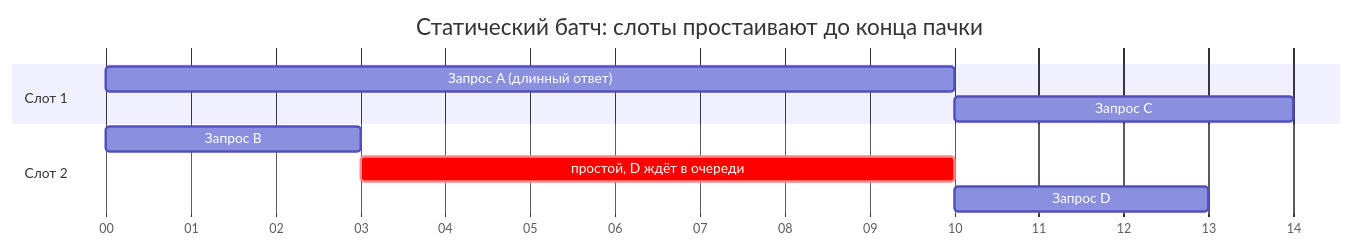
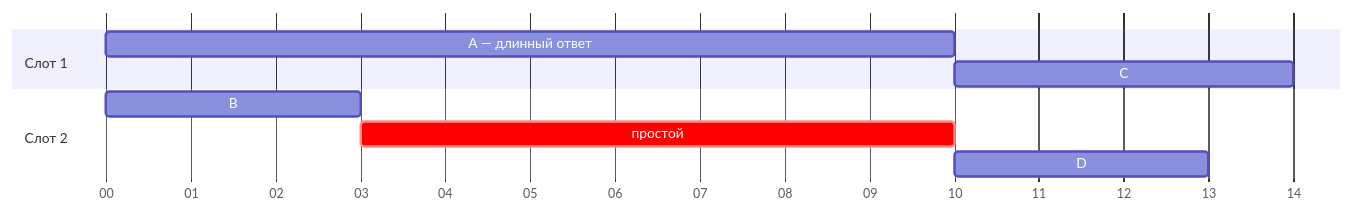
The first of 2 diagrams in 08-batching-vllm.md (luckystrker/local-llm-inference-book), drawn with Mermaid before and after one commit. The commit also changed other lines of this file and 2 other files, not shown here.

First line of the commit message:
Главы 08–10: схемы Mermaid под узкий экран

````diff
--- a/08-batching-vllm.md
+++ b/08-batching-vllm.md
@@ -90,13 +92,12 @@
 ```mermaid
 gantt
-    title Статический батч: слоты простаивают до конца пачки
     dateFormat ss
     axisFormat %S
     section Слот 1
-    Запрос A (длинный ответ)   :t1, 00, 10
-    Запрос C                    :t2, 10, 14
+    A — длинный ответ :t1, 00, 10
+    C                 :t2, 10, 14
     section Слот 2
-    Запрос B                    :t3, 00, 03
-    простой, D ждёт в очереди   :crit, t4, 03, 10
-    Запрос D                    :t5, 10, 13
+    B                 :t3, 00, 03
+    простой           :crit, t4, 03, 10
+    D                 :t5, 10, 13
 ```
````
